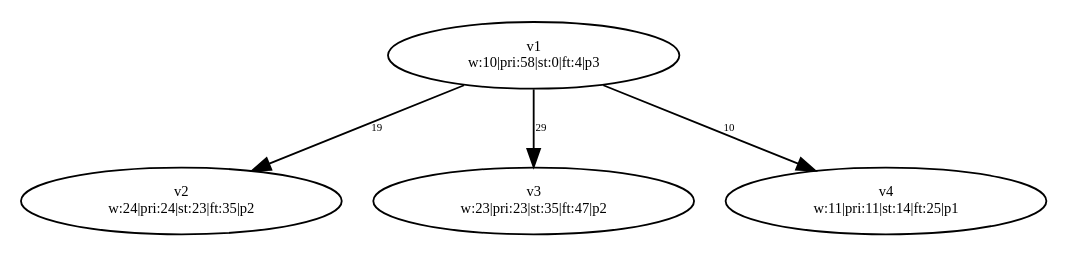
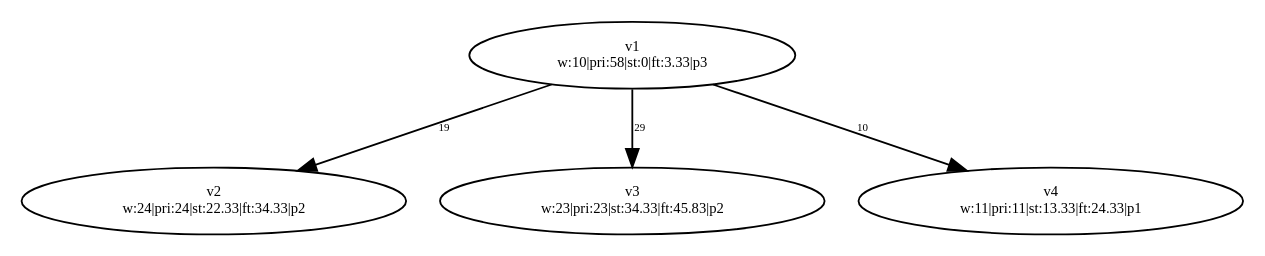
One commit to dexters1/Task-Scheduling-Based-on-Genetic-Algorithms changed the diagram in PythonApplication1/PythonApplication1/test-output/slika_2.gv. Above: the diagram before and after it, drawn with Graphviz. The commit also changed 112 other files, not shown here.

```diff
--- a/PythonApplication1/PythonApplication1/test-output/slika_2.gv
+++ b/PythonApplication1/PythonApplication1/test-output/slika_2.gv
@@ -1,13 +1,13 @@
 digraph {
 	v1 [label="v1
-w:10|pri:58|st:0|ft:4|p3" fontsize=8.0]
+w:10|pri:58|st:0|ft:3.33|p3" fontsize=8.0]
 	v2 [label="v2
-w:24|pri:24|st:23|ft:35|p2" fontsize=8.0]
+w:24|pri:24|st:22.33|ft:34.33|p2" fontsize=8.0]
 	v3 [label="v3
-w:23|pri:23|st:35|ft:47|p2" fontsize=8.0]
+w:23|pri:23|st:34.33|ft:45.83|p2" fontsize=8.0]
 	v4 [label="v4
-w:11|pri:11|st:14|ft:25|p1" fontsize=8.0]
+w:11|pri:11|st:13.33|ft:24.33|p1" fontsize=8.0]
 	v1 -> v2 [label=19 constraint=true fontsize=6.0]
 	v1 -> v3 [label=29 constraint=true fontsize=6.0]
 	v1 -> v4 [label=10 constraint=true fontsize=6.0]
 }
```
